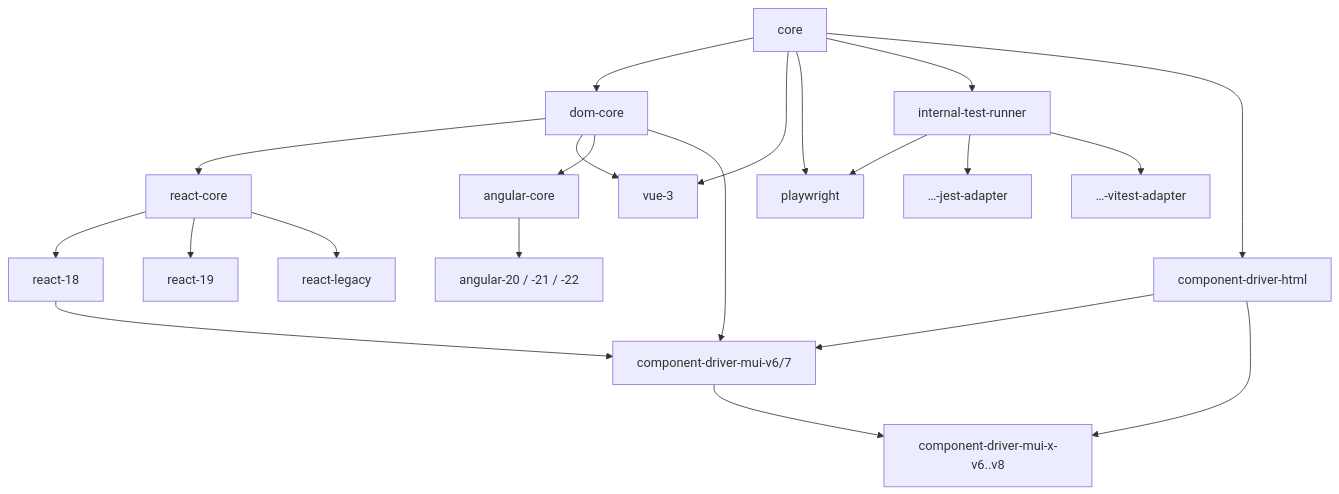
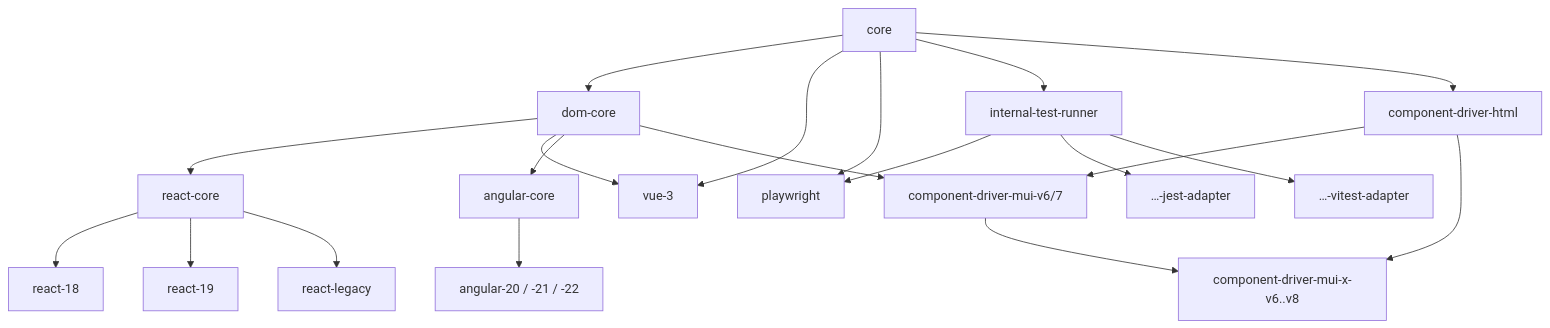
One commit to atomic-testing/atomic-testing changed the third of 4 diagrams in agent-docs/ARCHITECTURE.md. Above: the diagram before and after it, drawn with Mermaid. The commit also changed other lines of this file and 7 other files, not shown here.

````diff
--- a/agent-docs/ARCHITECTURE.md
+++ b/agent-docs/ARCHITECTURE.md
@@ -92,40 +92,39 @@
 ```mermaid
 flowchart TD
     core["core"]
     domcore["dom-core"]
     reactcore["react-core"]
     r18["react-18"]
     r19["react-19"]
     rlegacy["react-legacy"]
     vue["vue-3"]
     ngcore["angular-core"]
     ng20["angular-20 / -21 / -22"]
     pw["playwright"]
     itr["internal-test-runner"]
     jest["…-jest-adapter"]
     vitest["…-vitest-adapter"]
     html["component-driver-html"]
     mui["component-driver-mui-v6/7"]
     muix["component-driver-mui-x-v6..v8"]
 
     core --> domcore
     domcore --> reactcore
     reactcore --> r18
     reactcore --> r19
     reactcore --> rlegacy
     core --> vue
     domcore --> vue
     domcore --> ngcore
     ngcore --> ng20
     core --> pw
     itr --> pw
     core --> itr
     itr --> jest
     itr --> vitest
     core --> html
     html --> mui
     domcore --> mui
-    r18 --> mui
     html --> muix
     mui --> muix
 ```
````
